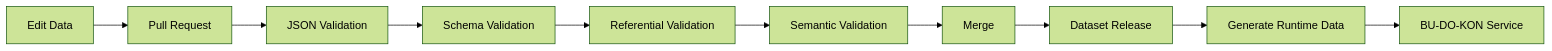
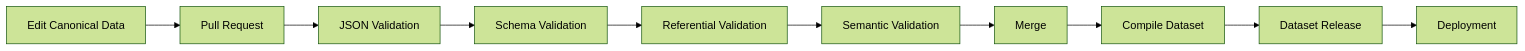
The fifth of 5 diagrams in README.md (CyanAutomation/budokon), drawn with Mermaid (forest theme) before and after one commit. The commit also changed other lines of this file, not shown here.

First line of the commit message:
Revise README with architectural updates

````diff
--- a/README.md
+++ b/README.md
@@ -625,12 +1192,12 @@
 ```mermaid
 flowchart LR
-    A[Edit Data] --> B[Pull Request]
+    A[Edit Canonical Data] --> B[Pull Request]
     B --> C[JSON Validation]
     C --> D[Schema Validation]
     D --> E[Referential Validation]
     E --> F[Semantic Validation]
     F --> G[Merge]
-    G --> H[Dataset Release]
-    H --> I[Generate Runtime Data]
-    I --> J[BU-DO-KON Service]
+    G --> H[Compile Dataset]
+    H --> I[Dataset Release]
+    I --> J[Deployment]
 ```
````
